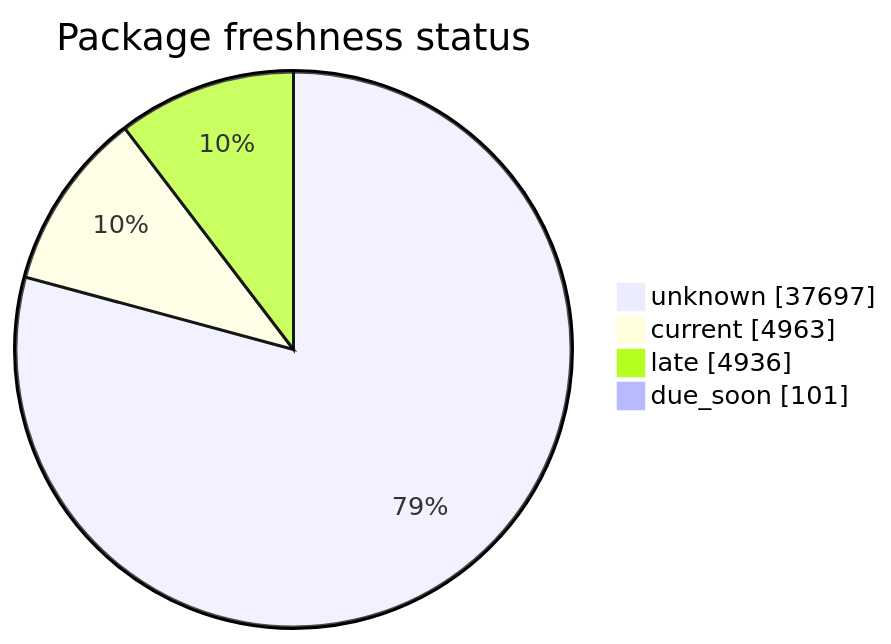
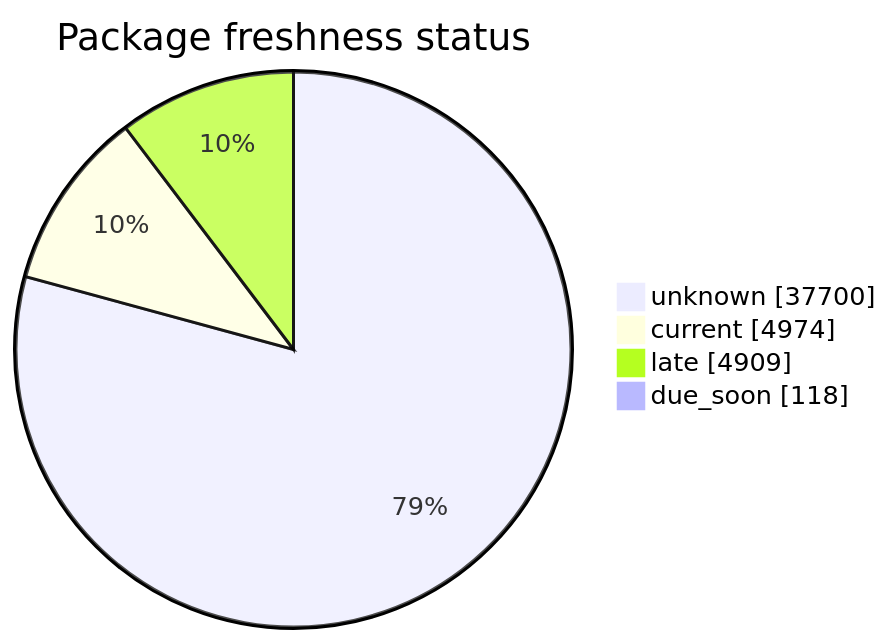
Before and after one commit to open-data/analytics-corporate-reporting: the second of 5 diagrams in FreshCheck/README.md, drawn with Mermaid. The commit also changed other lines of this file and 3 other files, not shown here.

````diff
--- a/FreshCheck/README.md
+++ b/FreshCheck/README.md
@@ -68,7 +68,7 @@
 ```mermaid
 pie showData title Package freshness status
-    "unknown": 37697
-    "current": 4963
-    "late": 4936
-    "due_soon": 101
+    "unknown": 37700
+    "current": 4974
+    "late": 4909
+    "due_soon": 118
 ```
````
